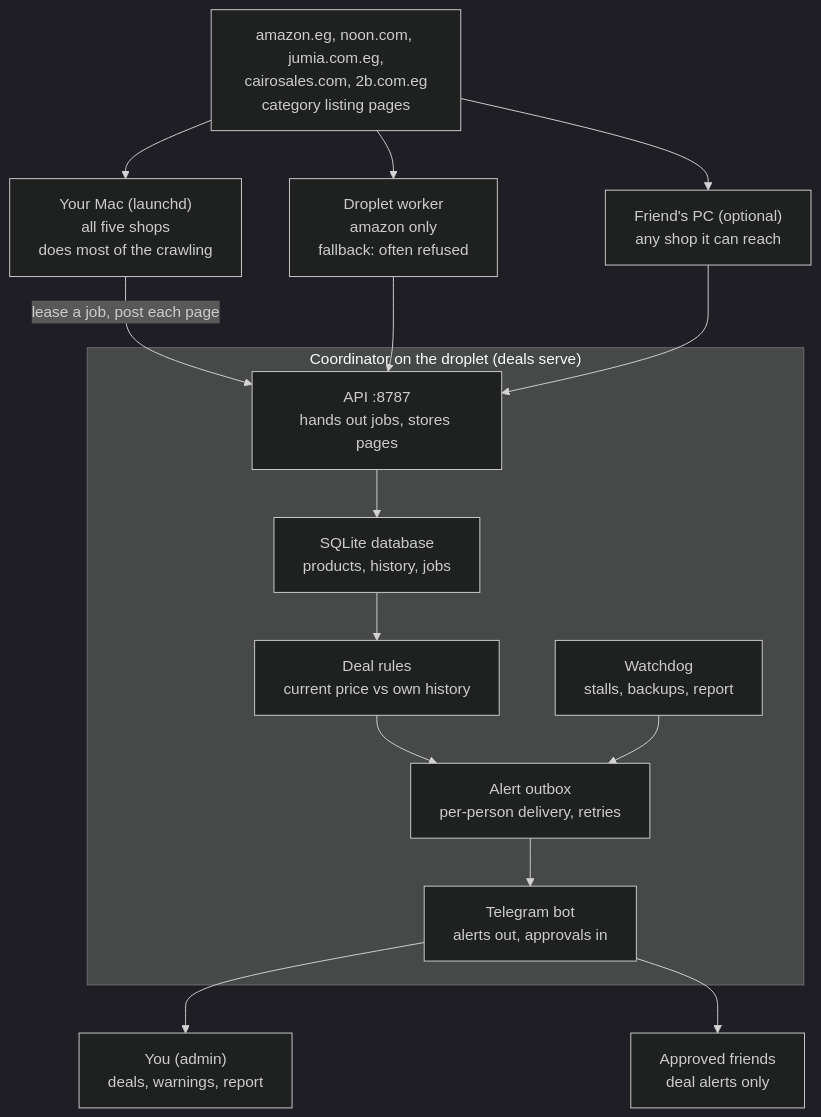
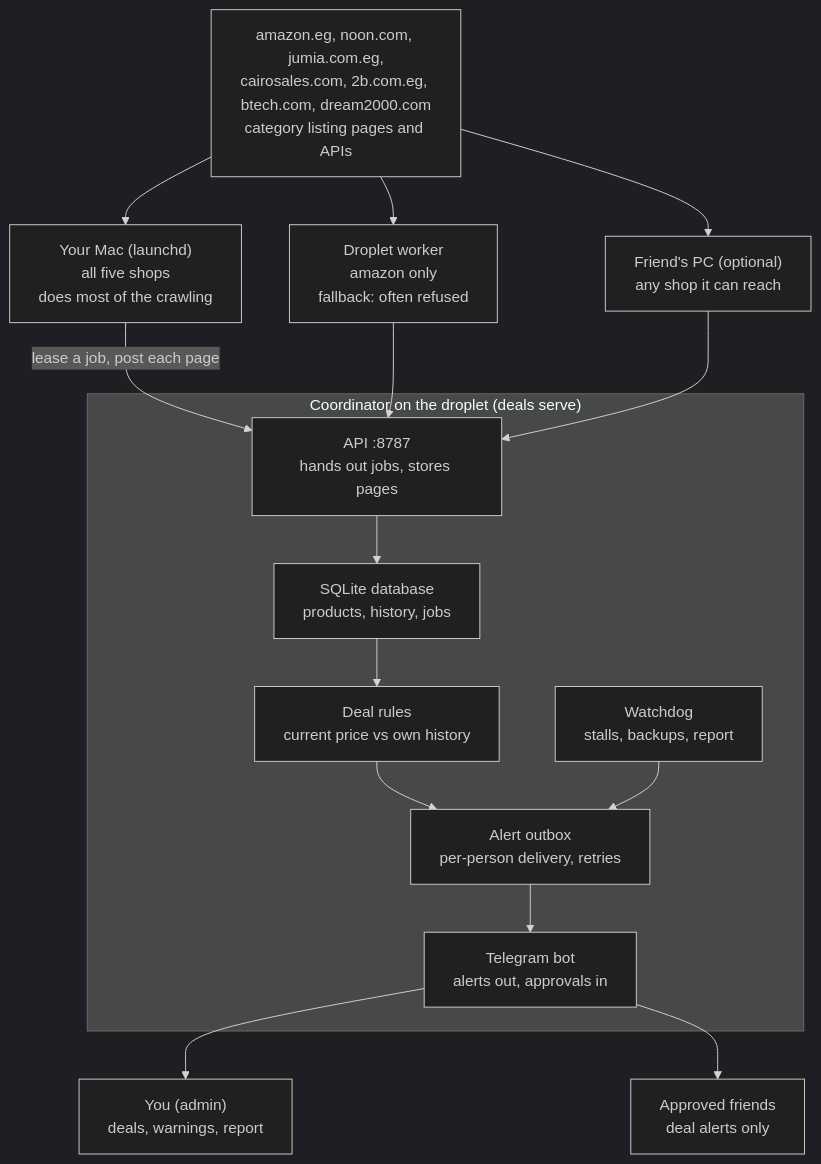
Before and after one commit to mohamed-mahmoud377/e-commerce-discounts-alert: the first of 3 diagrams in docs/GUIDE.md, drawn with Mermaid (dark theme). The commit also changed other lines of this file and 31 other files, not shown here.

````diff
--- a/docs/GUIDE.md
+++ b/docs/GUIDE.md
@@ -31,17 +44,17 @@
 ```mermaid
 flowchart TB
-    shops["amazon.eg, noon.com, jumia.com.eg,<br/>cairosales.com, 2b.com.eg<br/>category listing pages"]
+    shops["amazon.eg, noon.com, jumia.com.eg,<br/>cairosales.com, 2b.com.eg, btech.com, dream2000.com<br/>category listing pages and APIs"]
     shops --> mac["Your Mac (launchd)<br/>all five shops<br/>does most of the crawling"]
     shops --> dw["Droplet worker<br/>amazon only<br/>fallback: often refused"]
     shops --> fr["Friend's PC (optional)<br/>any shop it can reach"]
     mac -- "lease a job, post each page" --> api
     dw --> api
     fr --> api
     subgraph coord["Coordinator on the droplet (deals serve)"]
         api["API :8787<br/>hands out jobs, stores pages"] --> dbx["SQLite database<br/>products, history, jobs"] --> rules["Deal rules<br/>current price vs own history"]
         rules --> outbox["Alert outbox<br/>per-person delivery, retries"]
         wd["Watchdog<br/>stalls, backups, report"] --> outbox --> bot["Telegram bot<br/>alerts out, approvals in"]
     end
     bot --> admin["You (admin)<br/>deals, warnings, report"]
     bot --> friends["Approved friends<br/>deal alerts only"]
 ```
````
